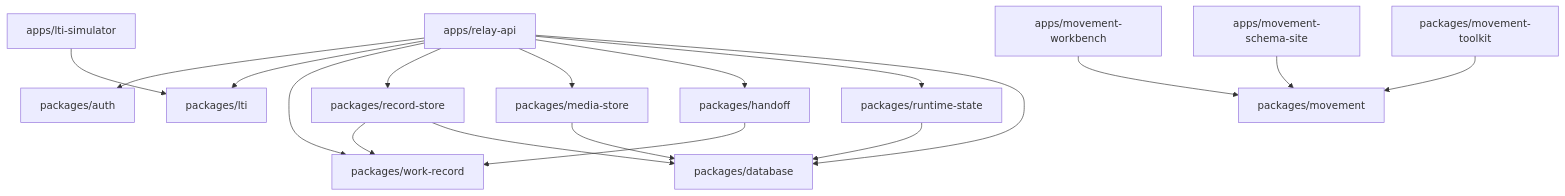
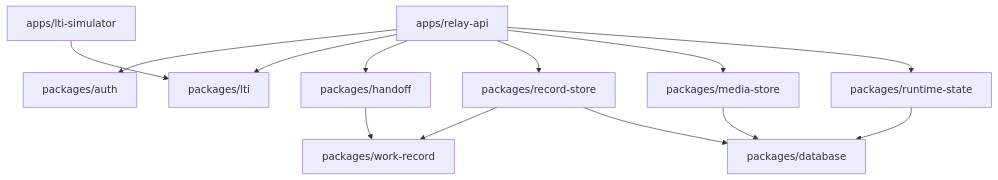
One commit to sebastianspicker/practice-relay changed the sixth of 8 diagrams in docs/ARCHITECTURE.md. Above: the diagram before and after it, drawn with Mermaid. The commit also changed other lines of this file and 3 other files, not shown here.

````diff
--- a/docs/ARCHITECTURE.md
+++ b/docs/ARCHITECTURE.md
@@ -60,22 +271,15 @@
 ```mermaid
 flowchart TD
-  RelayAPI[apps/relay-api] --> Auth[packages/auth]
-  RelayAPI --> LTI[packages/lti]
-  RelayAPI --> WorkRecord[packages/work-record]
-  RelayAPI --> RecordStore[packages/record-store]
-  RelayAPI --> MediaStore[packages/media-store]
-  RelayAPI --> Handoff[packages/handoff]
-  RelayAPI --> RuntimeState[packages/runtime-state]
-  RelayAPI --> Database[packages/database]
-  RecordStore --> WorkRecord
-  RecordStore --> Database
-  MediaStore --> Database
-  RuntimeState --> Database
-  Handoff --> WorkRecord
-
-  LTISimulator[apps/lti-simulator] --> LTI
-
-  Workbench[apps/movement-workbench] --> Movement[packages/movement]
-  SchemaSite[apps/movement-schema-site] --> Movement
-  Toolkit[packages/movement-toolkit] --> Movement
+  relayApi[apps/relay-api] --> auth[packages/auth]
+  relayApi --> lti[packages/lti]
+  relayApi --> handoff[packages/handoff]
+  relayApi --> recordStore[packages/record-store]
+  relayApi --> mediaStore[packages/media-store]
+  relayApi --> runtimeState[packages/runtime-state]
+  ltiSim[apps/lti-simulator] --> lti
+  handoff --> workRecord[packages/work-record]
+  recordStore --> workRecord
+  recordStore --> database[packages/database]
+  mediaStore --> database
+  runtimeState --> database
 ```
````
